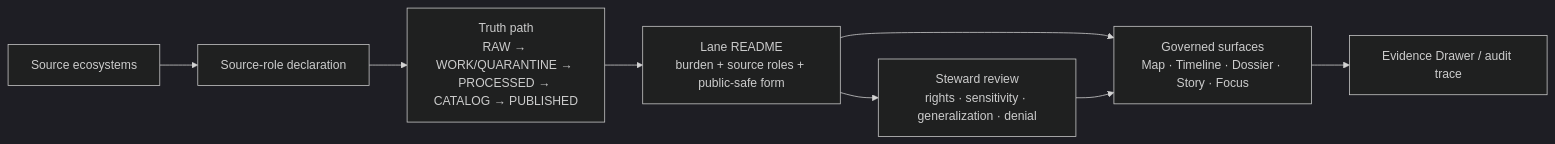
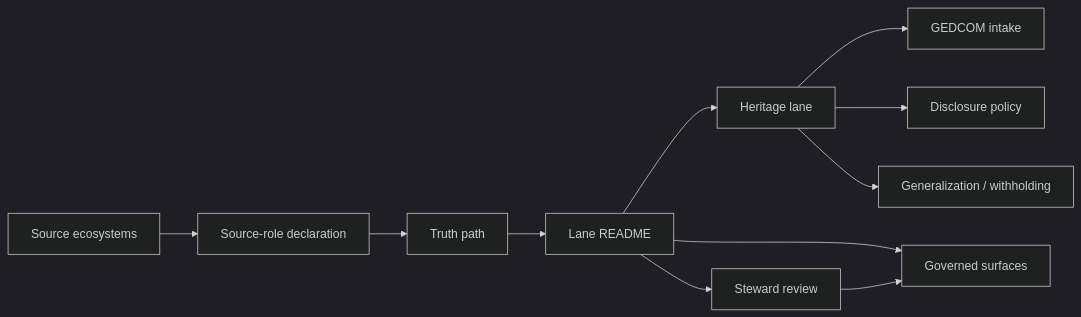
The diagram in docs/domains/README.md (bartytime4life/Kansas-Frontier-Matrix), drawn with Mermaid (dark theme) before and after one commit. The commit also changed other lines of this file, not shown here.

First line of the commit message:
Integrate Heritage lane and update README structure

````diff
--- a/docs/domains/README.md
+++ b/docs/domains/README.md
@@ -229,10 +180,15 @@
 ```mermaid
 flowchart LR
     A[Source ecosystems] --> B[Source-role declaration]
-    B --> C[Truth path<br/>RAW → WORK/QUARANTINE → PROCESSED → CATALOG → PUBLISHED]
-    C --> D[Lane README<br/>burden + source roles + public-safe form]
-    D --> E[Governed surfaces<br/>Map · Timeline · Dossier · Story · Focus]
-    D --> F[Steward review<br/>rights · sensitivity · generalization · denial]
+    B --> C[Truth path]
+    C --> D[Lane README]
+
+    D --> H[Heritage lane]
+    H --> H1[GEDCOM intake]
+    H --> H2[Disclosure policy]
+    H --> H3[Generalization / withholding]
+
+    D --> E[Governed surfaces]
+    D --> F[Steward review]
     F --> E
-    E --> G[Evidence Drawer / audit trace]
 ```
````
